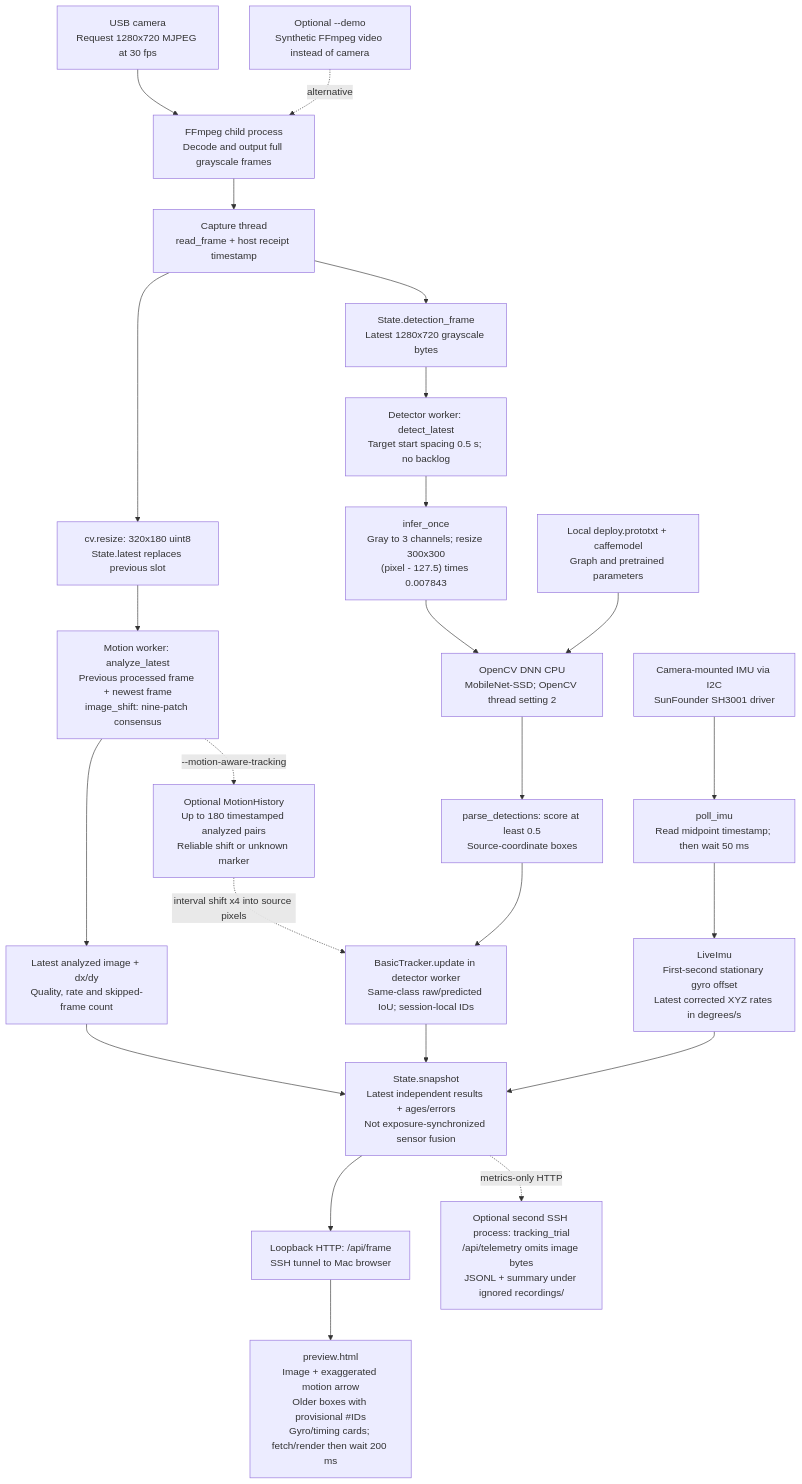
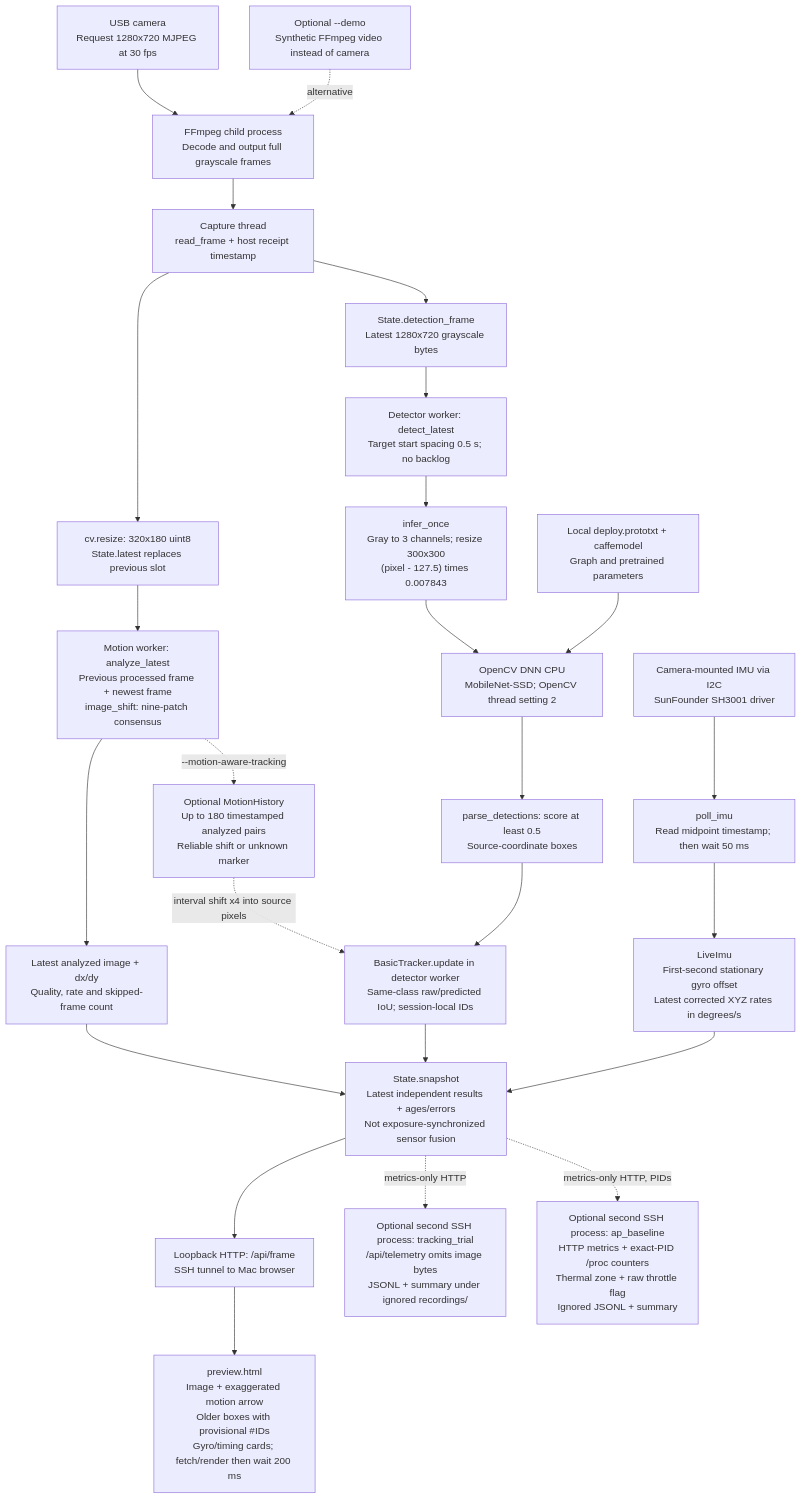
One commit to choir0322/edgexr changed the diagram in docs/PIPELINE.md. Above: the diagram before and after it, drawn with Mermaid. The commit also changed other lines of this file and 10 other files, not shown here.

````diff
--- a/docs/PIPELINE.md
+++ b/docs/PIPELINE.md
@@ -18,39 +19,41 @@
 ```mermaid
 flowchart TD
     CAMERA["USB camera<br/>Request 1280x720 MJPEG at 30 fps"]
     DEMO["Optional --demo<br/>Synthetic FFmpeg video instead of camera"]
     FF["FFmpeg child process<br/>Decode and output full grayscale frames"]
     CAP["Capture thread<br/>read_frame + host receipt timestamp"]
     SMALL["cv.resize: 320x180 uint8<br/>State.latest replaces previous slot"]
     MOTION["Motion worker: analyze_latest<br/>Previous processed frame + newest frame<br/>image_shift: nine-patch consensus"]
     RESULT["Latest analyzed image + dx/dy<br/>Quality, rate and skipped-frame count"]
     HISTORY["Optional MotionHistory<br/>Up to 180 timestamped analyzed pairs<br/>Reliable shift or unknown marker"]
     FULL["State.detection_frame<br/>Latest 1280x720 grayscale bytes"]
     DET["Detector worker: detect_latest<br/>Target start spacing 0.5 s; no backlog"]
     PRE["infer_once<br/>Gray to 3 channels; resize 300x300<br/>(pixel - 127.5) times 0.007843"]
     NET["OpenCV DNN CPU<br/>MobileNet-SSD; OpenCV thread setting 2"]
     BOX["parse_detections: score at least 0.5<br/>Source-coordinate boxes"]
     TRACK["BasicTracker.update in detector worker<br/>Same-class raw/predicted IoU; session-local IDs"]
     MODEL["Local deploy.prototxt + caffemodel<br/>Graph and pretrained parameters"]
     IMU["Camera-mounted IMU via I2C<br/>SunFounder SH3001 driver"]
     POLL["poll_imu<br/>Read midpoint timestamp; then wait 50 ms"]
     BIAS["LiveImu<br/>First-second stationary gyro offset<br/>Latest corrected XYZ rates in degrees/s"]
     STATE["State.snapshot<br/>Latest independent results + ages/errors<br/>Not exposure-synchronized sensor fusion"]
     TRIAL["Optional second SSH process: tracking_trial<br/>/api/telemetry omits image bytes<br/>JSONL + summary under ignored recordings/"]
+    AP["Optional second SSH process: ap_baseline<br/>HTTP metrics + exact-PID /proc counters<br/>Thermal zone + raw throttle flag<br/>Ignored JSONL + summary"]
     WEB["Loopback HTTP: /api/frame<br/>SSH tunnel to Mac browser"]
     UI["preview.html<br/>Image + exaggerated motion arrow<br/>Older boxes with provisional #IDs<br/>Gyro/timing cards; fetch/render then wait 200 ms"]
     CAMERA --> FF
     DEMO -. alternative .-> FF
     FF --> CAP
     CAP --> SMALL --> MOTION --> RESULT
     MOTION -. "--motion-aware-tracking" .-> HISTORY
     CAP --> FULL --> DET --> PRE --> NET --> BOX --> TRACK
     MODEL --> NET
     HISTORY -. "interval shift x4 into source pixels" .-> TRACK
     IMU --> POLL --> BIAS
     RESULT --> STATE
     TRACK --> STATE
     BIAS --> STATE
     STATE --> WEB --> UI
     STATE -. "metrics-only HTTP" .-> TRIAL
+    STATE -. "metrics-only HTTP, PIDs" .-> AP
 ```
````
